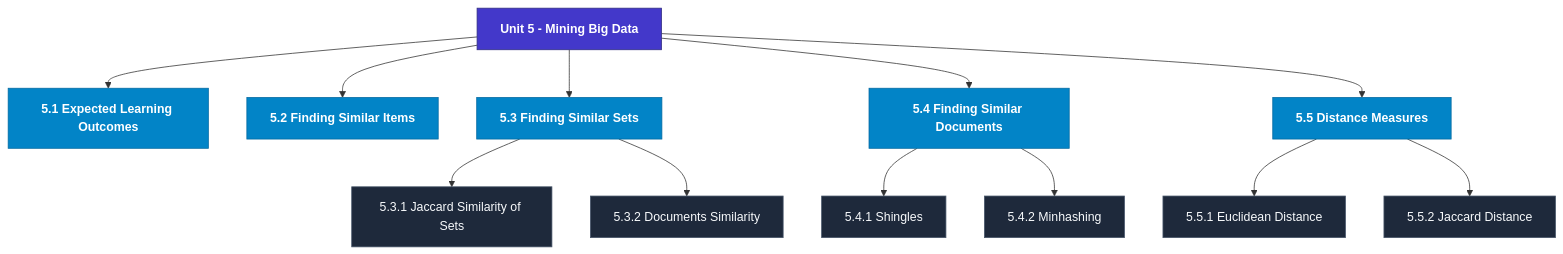
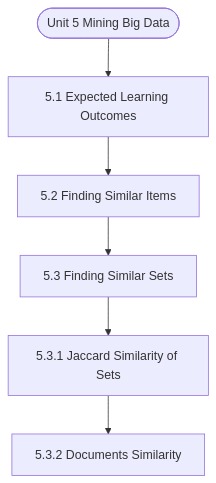
Before and after one commit to Asutosh-Coaching/mscdsa: the diagram in notes/Semester_2/MCS-068_Predictive_Data_Analysis/unit_05_Mining_Big_Data.md, drawn with Mermaid. The commit also changed other lines of this file and 115 other files, not shown here.

Commit message:
Fix Mermaid layout for mobile, isolate LaTeX delimiters, and add GitHub Pages reader

````diff
--- a/notes/Semester_2/MCS-068_Predictive_Data_Analysis/unit_05_Mining_Big_Data.md
+++ b/notes/Semester_2/MCS-068_Predictive_Data_Analysis/unit_05_Mining_Big_Data.md
@@ -19,31 +19,14 @@
 ```mermaid
 flowchart TD
-  %% Styling Definitions
-  classDef head fill:#4338ca,stroke:#312e81,color:#ffffff,font-weight:bold;
-  classDef topic fill:#0284c7,stroke:#0369a1,color:#ffffff,font-weight:600;
-  classDef sub fill:#1e293b,stroke:#475569,color:#f8fafc;
-
-  Root["Unit 5 - Mining Big Data"]:::head
-  M1["5.1 Expected Learning Outcomes"]:::topic
-  Root --> M1
-  M2["5.2 Finding Similar Items"]:::topic
-  Root --> M2
-  M3["5.3 Finding Similar Sets"]:::topic
-  Root --> M3
-  M3_1["5.3.1 Jaccard Similarity of Sets"]:::sub
-  M3 --> M3_1
-  M3_2["5.3.2 Documents Similarity"]:::sub
-  M3 --> M3_2
-  M4["5.4 Finding Similar Documents"]:::topic
-  Root --> M4
-  M4_1["5.4.1 Shingles"]:::sub
-  M4 --> M4_1
-  M4_2["5.4.2 Minhashing"]:::sub
-  M4 --> M4_2
-  M5["5.5 Distance Measures"]:::topic
-  Root --> M5
-  M5_1["5.5.1 Euclidean Distance"]:::sub
-  M5 --> M5_1
-  M5_2["5.5.2 Jaccard Distance"]:::sub
-  M5 --> M5_2
+  Start(["Unit 5 Mining Big Data"])
+  N1["5.1 Expected Learning Outcomes"]
+  N2["5.2 Finding Similar Items"]
+  N3["5.3 Finding Similar Sets"]
+  N4["5.3.1 Jaccard Similarity of Sets"]
+  N5["5.3.2 Documents Similarity"]
+  Start --> N1
+  N1 --> N2
+  N2 --> N3
+  N3 --> N4
+  N4 --> N5
 ```
````
